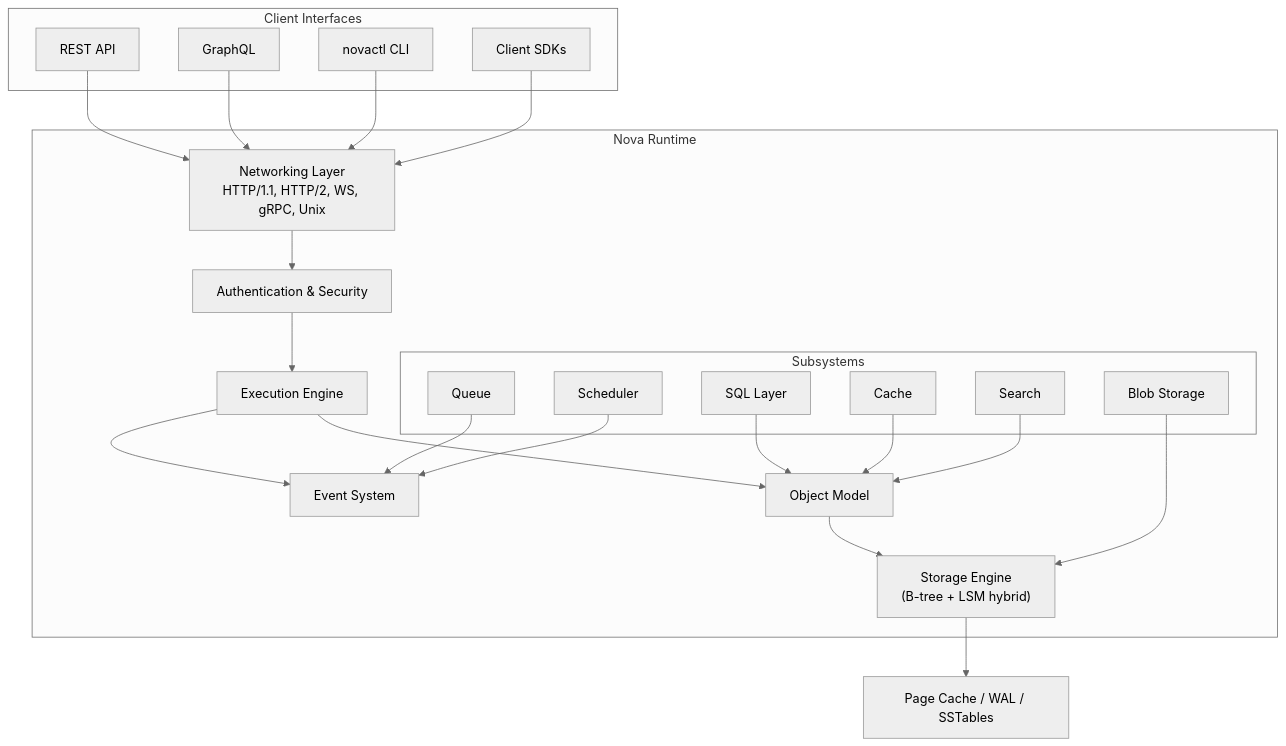
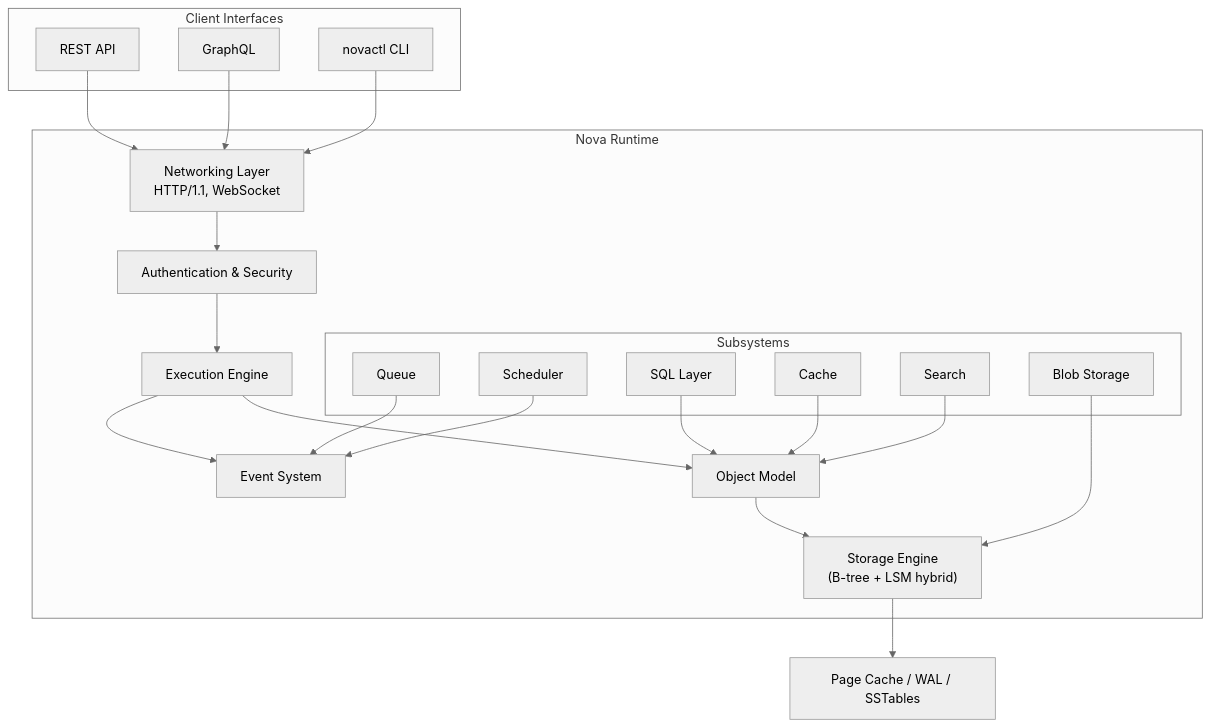
One commit to Icarus-afk/Nova-Runtime changed the diagram in README.md. Above: the diagram before and after it, drawn with Mermaid (neutral theme). The commit also changed other lines of this file and 9 other files, not shown here.

````diff
--- a/README.md
+++ b/README.md
@@ -17,43 +17,41 @@
 ```mermaid
 graph TB
     subgraph "Client Interfaces"
         REST["REST API"]
         GRAPHQL["GraphQL"]
         CLI["novactl CLI"]
-        SDK["Client SDKs"]
     end
 
     subgraph "Nova Runtime"
-        NET["Networking Layer<br/>HTTP/1.1, HTTP/2, WS, gRPC, Unix"]
+        NET["Networking Layer<br/>HTTP/1.1, WebSocket"]
         AUTH["Authentication & Security"]
         EXEC["Execution Engine"]
         EVENTS["Event System"]
         OBJ["Object Model"]
         STORE["Storage Engine<br/>(B-tree + LSM hybrid)"]
 
         subgraph "Subsystems"
             SQL["SQL Layer"]
             CACHE["Cache"]
             QUEUE["Queue"]
             SCHED["Scheduler"]
             SEARCH["Search"]
             BLOB["Blob Storage"]
         end
     end
 
     REST --> NET
     GRAPHQL --> NET
     CLI --> NET
-    SDK --> NET
     NET --> AUTH --> EXEC
     EXEC --> EVENTS
     EXEC --> OBJ
     OBJ --> STORE
     SQL --> OBJ
     CACHE --> OBJ
     QUEUE --> EVENTS
     SCHED --> EVENTS
     SEARCH --> OBJ
     BLOB --> STORE
     STORE --> DISK["Page Cache / WAL / SSTables"]
 ```
````
